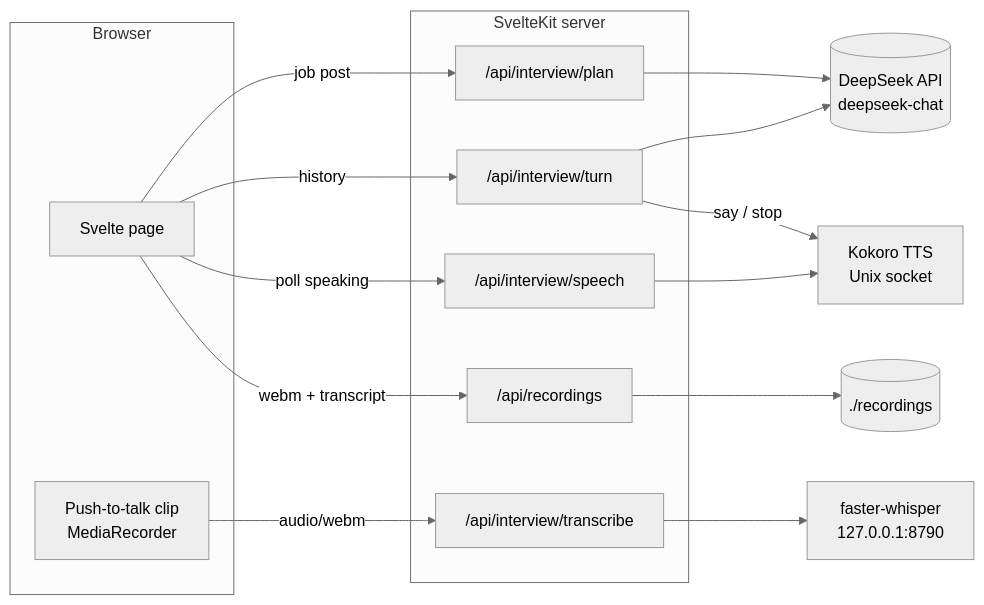
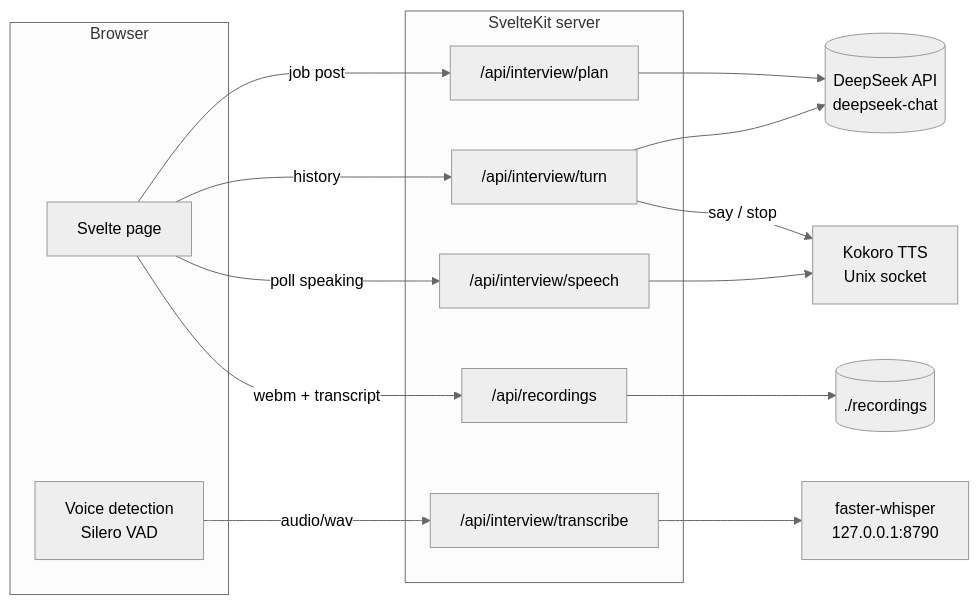
Before and after one commit to datnguyen1215/interview-prepare: the first of 2 diagrams in docs/architecture.md, drawn with Mermaid (neutral theme). The commit also changed other lines of this file and 11 other files, not shown here.

Commit message:
Replace push-to-talk with hands-free voice activity detection

````diff
--- a/docs/architecture.md
+++ b/docs/architecture.md
@@ -3,25 +3,25 @@
 ```mermaid
 flowchart LR
     subgraph Browser
         UI[Svelte page]
-        PTT[Push-to-talk clip<br/>MediaRecorder]
+        VAD[Voice detection<br/>Silero VAD]
     end
     subgraph Server[SvelteKit server]
         PLAN["/api/interview/plan"]
         TURN["/api/interview/turn"]
         SPEECH["/api/interview/speech"]
         STT["/api/interview/transcribe"]
         REC["/api/recordings"]
     end
     DS[(DeepSeek API<br/>deepseek-chat)]
     KOK[Kokoro TTS<br/>Unix socket]
     WH[faster-whisper<br/>127.0.0.1:8790]
     FS[(./recordings)]
 
     UI -- job post --> PLAN --> DS
     UI -- history --> TURN --> DS
     TURN -- say / stop --> KOK
     UI -- poll speaking --> SPEECH --> KOK
-    PTT -- audio/webm --> STT --> WH
+    VAD -- audio/wav --> STT --> WH
     UI -- webm + transcript --> REC --> FS
 ```
````
